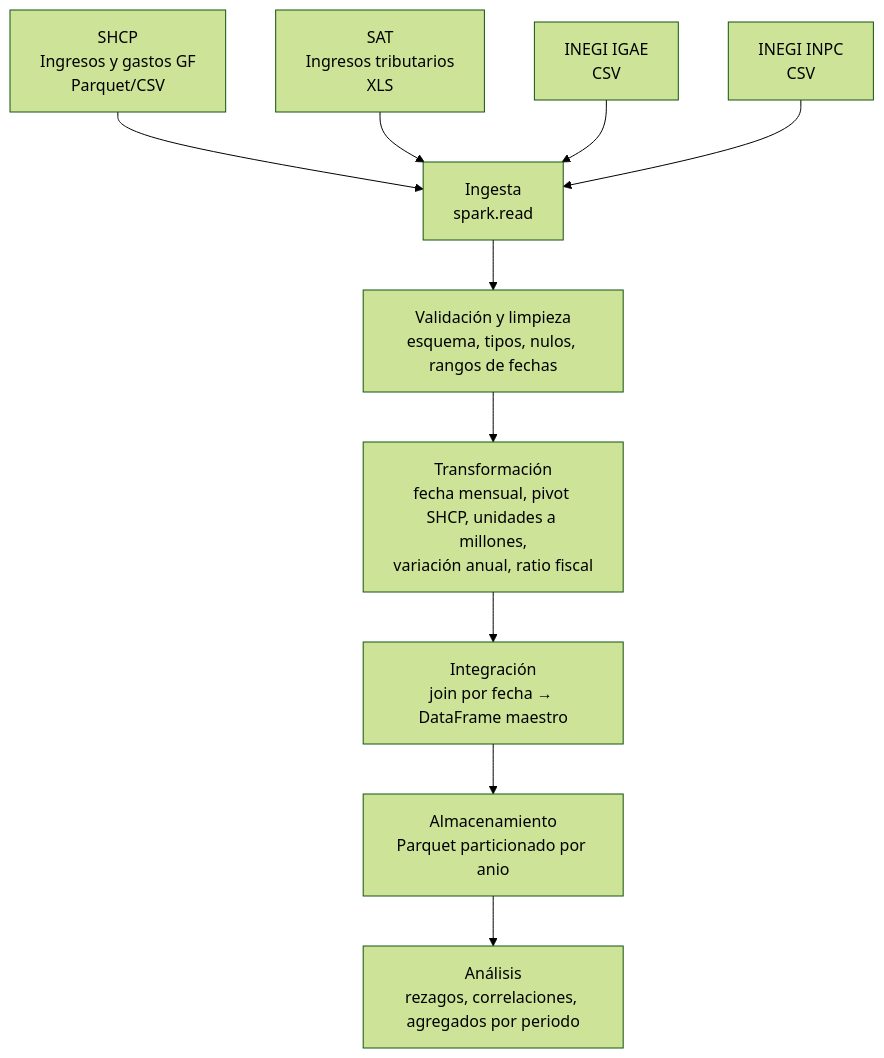
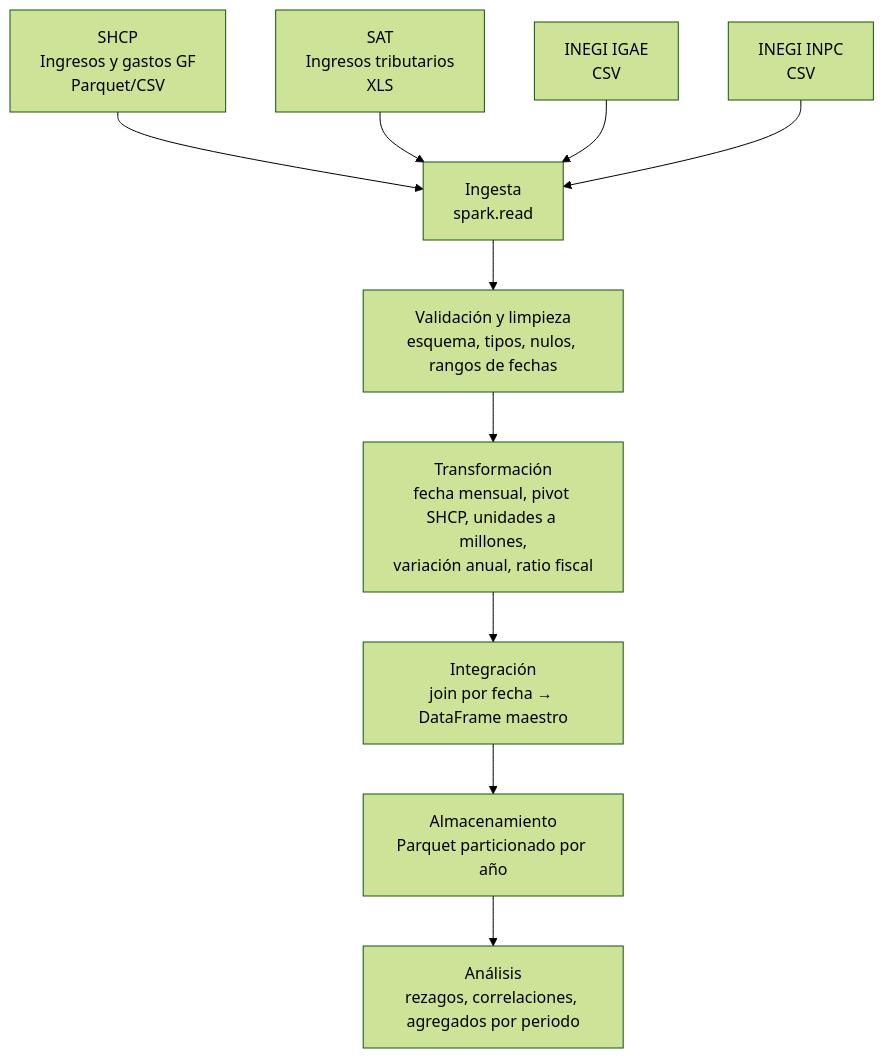
Before and after one commit to lunatix/Integrador-PGBD-26A: the diagram in docs/arquitectura.md, drawn with Mermaid (forest theme).

Commit message:
Fix typo in architecture documentation

````diff
--- a/docs/arquitectura.md
+++ b/docs/arquitectura.md
@@ -5,12 +5,12 @@
 ```mermaid
 flowchart TD
     A1[SHCP<br/>Ingresos y gastos GF<br/>Parquet/CSV] --> B
     A2[SAT<br/>Ingresos tributarios<br/>XLS] --> B
     A3[INEGI IGAE<br/>CSV] --> B
     A4[INEGI INPC<br/>CSV] --> B
     B[Ingesta<br/>spark.read] --> C[Validación y limpieza<br/>esquema, tipos, nulos, rangos de fechas]
     C --> D[Transformación<br/>fecha mensual, pivot SHCP, unidades a millones,<br/>variación anual, ratio fiscal]
     D --> E[Integración<br/>join por fecha → DataFrame maestro]
-    E --> F[Almacenamiento<br/>Parquet particionado por anio]
+    E --> F[Almacenamiento<br/>Parquet particionado por año]
     F --> G[Análisis<br/>rezagos, correlaciones, agregados por periodo]
 ```
````
